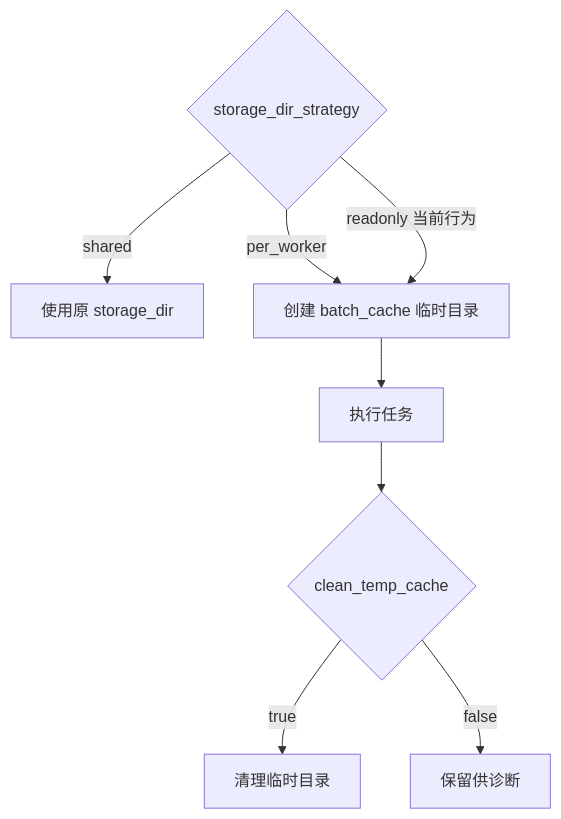
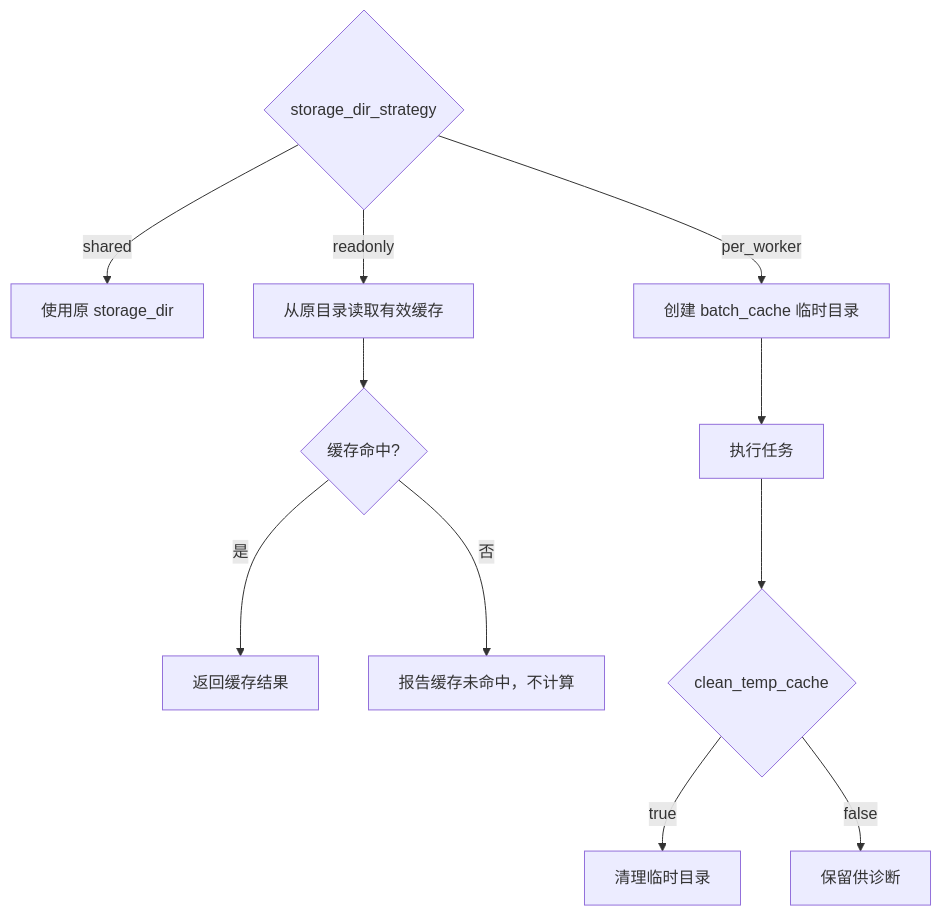
One commit to SnowingWolf/WaveformAnalysis changed diagram 11 of 12 in docs/architecture/ACCESSOR_ANALYSIS.md. Above: the diagram before and after it, drawn with Mermaid. The commit also changed other lines of this file and 25 other files, not shown here.

````diff
--- a/docs/architecture/ACCESSOR_ANALYSIS.md
+++ b/docs/architecture/ACCESSOR_ANALYSIS.md
@@ -335,11 +345,14 @@
 ```mermaid
 flowchart TD
     STRATEGY{storage_dir_strategy}
     STRATEGY -->|shared| EXISTING[使用原 storage_dir]
     STRATEGY -->|per_worker| TEMP[创建 batch_cache 临时目录]
-    STRATEGY -->|readonly 当前行为| TEMP
+    STRATEGY -->|readonly| READ[从原目录读取有效缓存]
+    READ --> HIT{缓存命中?}
+    HIT -->|是| RESULT[返回缓存结果]
+    HIT -->|否| ERROR[报告缓存未命中，不计算]
     TEMP --> RUN[执行任务]
     RUN --> CLEAN{clean_temp_cache}
     CLEAN -->|true| DELETE[清理临时目录]
     CLEAN -->|false| KEEP[保留供诊断]
 ```
````
